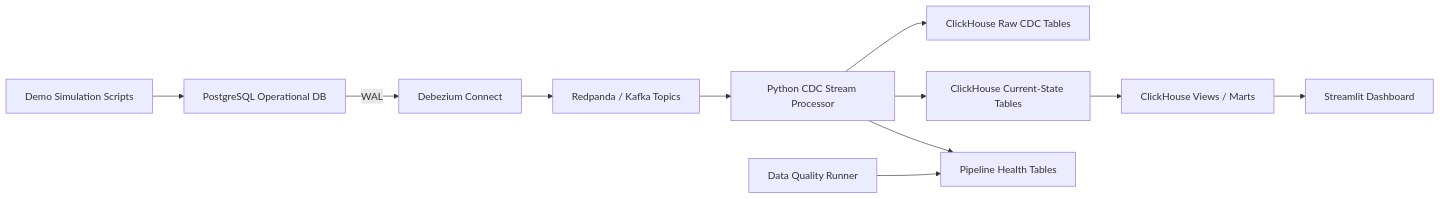
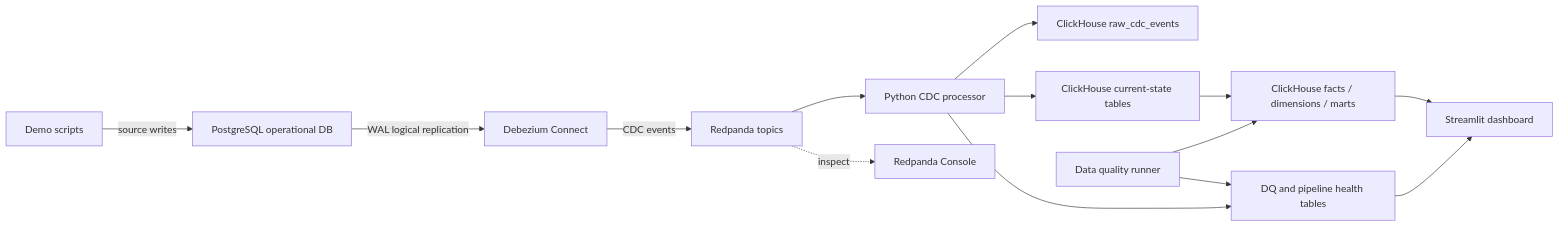
One commit to bulgogipedas/change-data-capture changed the diagram in docs/architecture.md. Above: the diagram before and after it, drawn with Mermaid. The commit also changed other lines of this file and 8 other files, not shown here.

````diff
--- a/docs/architecture.md
+++ b/docs/architecture.md
@@ -29,13 +32,16 @@
 ```mermaid
 flowchart LR
-    A["PostgreSQL Operational DB"] -->|WAL| B["Debezium Connect"]
-    B --> C["Redpanda / Kafka Topics"]
-    C --> D["Python CDC Stream Processor"]
-    D --> E["ClickHouse Raw CDC Tables"]
-    D --> F["ClickHouse Current-State Tables"]
-    F --> G["ClickHouse Views / Marts"]
-    G --> H["Streamlit Dashboard"]
-    I["Demo Simulation Scripts"] --> A
-    D --> J["Pipeline Health Tables"]
-    K["Data Quality Runner"] --> J
+    I["Demo scripts"] -->|source writes| A["PostgreSQL operational DB"]
+    A -->|WAL logical replication| B["Debezium Connect"]
+    B -->|CDC events| C["Redpanda topics"]
+    C --> D["Python CDC processor"]
+    D --> E["ClickHouse raw_cdc_events"]
+    D --> F["ClickHouse current-state tables"]
+    F --> G["ClickHouse facts / dimensions / marts"]
+    G --> H["Streamlit dashboard"]
+    K["Data quality runner"] --> G
+    K --> J["DQ and pipeline health tables"]
+    D --> J
+    C -. inspect .-> L["Redpanda Console"]
+    J --> H
 ```
````
